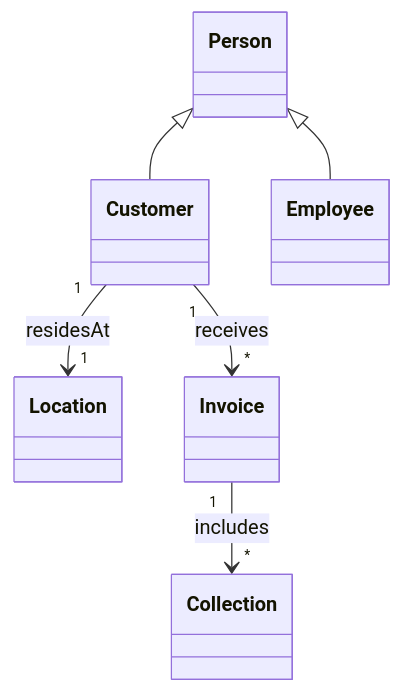
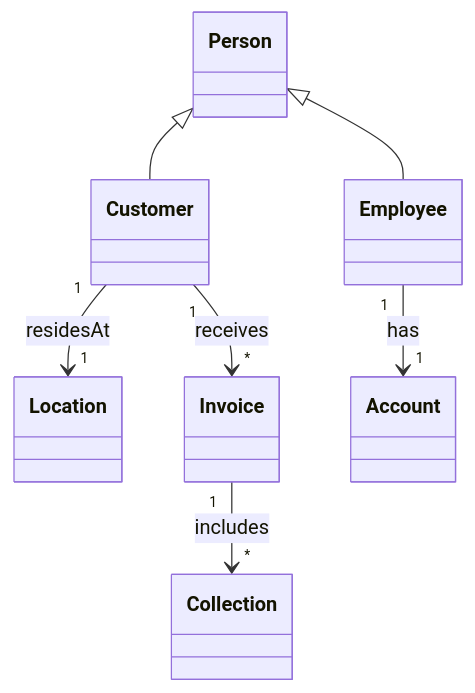
Before and after one commit to Alex-Cambrini/pss24-25-WasteMaster-Cambrini-Ferrari-Ragazzini: the first of 14 diagrams in report.md, drawn with Mermaid. The commit also changed other lines of this file, not shown here.

Commit message:
feat: enhance design documentation with access levels and account details for employees

````diff
--- a/report.md
+++ b/report.md
@@ -92,15 +95,17 @@
 ```mermaid
 classDiagram
-    class Person
-    class Customer
-    class Employee
-    class Location
-    class Invoice
-    class Collection
+  class Person
+  class Customer
+  class Employee
+  class Location
+  class Invoice
+  class Collection
+  class Account
 
-    Person <|-- Customer
-    Person <|-- Employee
-    Customer "1" --> "1" Location : residesAt
-    Customer "1" --> "*" Invoice : receives
-    Invoice "1" --> "*" Collection : includes
+  Person <|-- Customer
+  Person <|-- Employee
+  Customer "1" --> "1" Location : residesAt
+  Customer "1" --> "*" Invoice : receives
+  Invoice "1" --> "*" Collection : includes
+  Employee "1" --> "1" Account : has
 ```
````
